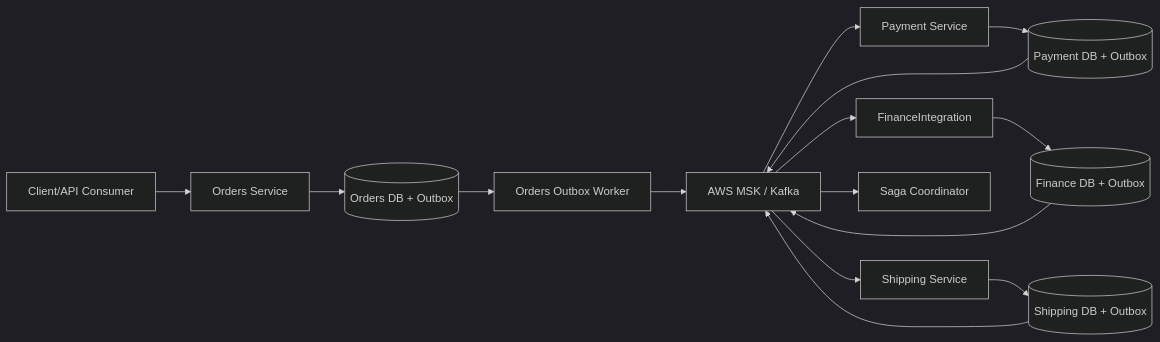
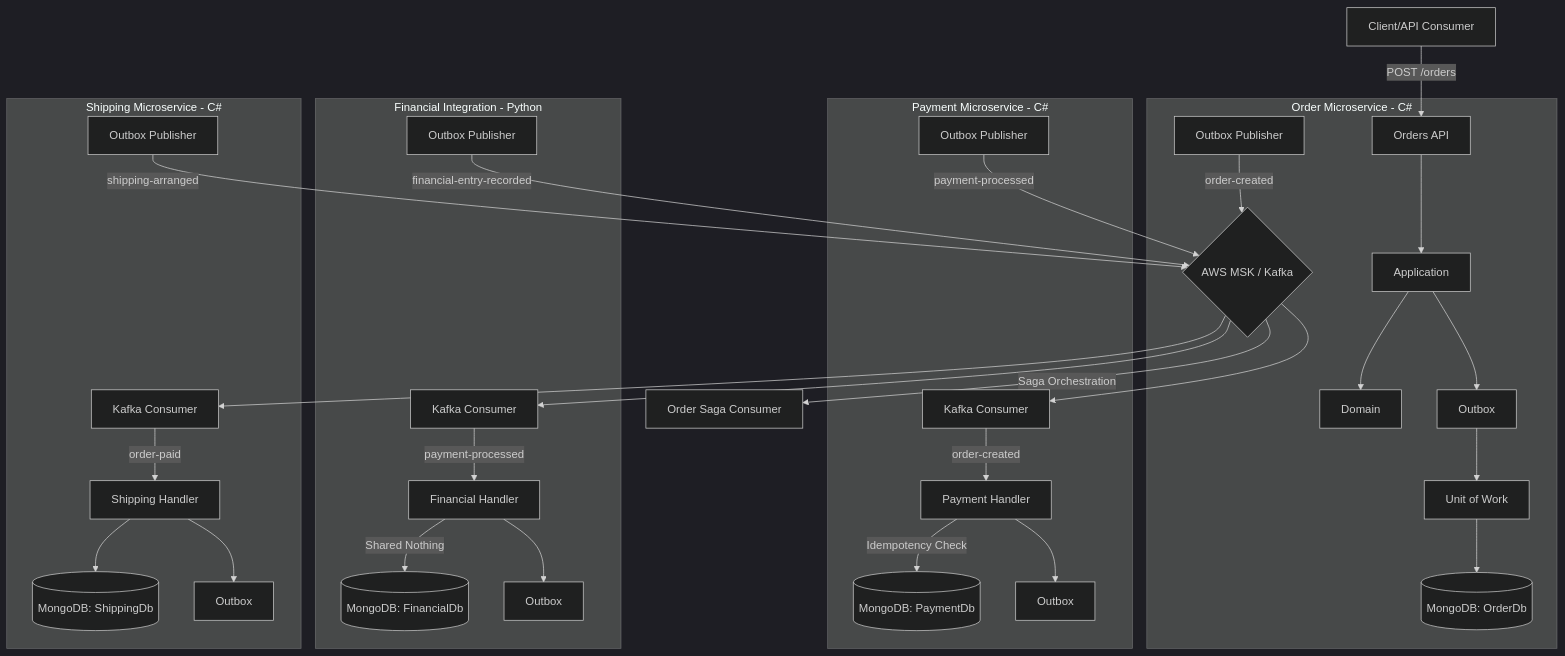
Before and after one commit to ueidesantos/outbox-saga-lab: the diagram in README.md, drawn with Mermaid (dark theme). The commit also changed other lines of this file and 42 other files, not shown here.

First line of the commit message:
feat: implement FinancialIntegration microservice in Python

````diff
--- a/README.md
+++ b/README.md
@@ -19,21 +19,39 @@
 ```mermaid
-flowchart LR
-    Client[Client/API Consumer] --> Orders[Orders Service]
-    Orders --> OrdersOutbox[(Orders DB + Outbox)]
-    OrdersOutbox --> OrdersWorker[Orders Outbox Worker]
-    OrdersWorker --> MSK[AWS MSK / Kafka]
+flowchart TD
+    Client[Client/API Consumer] -->|POST /orders| API[Orders API]
 
-    MSK --> Payment[Payment Service]
-    Payment --> PaymentOutbox[(Payment DB + Outbox)]
-    PaymentOutbox --> MSK
+    subgraph OrderService [Order Microservice - C#]
+        API --> APP_O[Application]
+        APP_O --> DOM_O[Domain]
+        APP_O --> OUT_O[Outbox]
+        UOW_O[Unit of Work] --> MON_O[(MongoDB: OrderDb)]
+        OUT_O --> UOW_O
+        PUB_O[Outbox Publisher] -->|order-created| KAFKA{AWS MSK / Kafka}
+    end
 
-    MSK --> Finance[FinanceIntegration]
-    Finance --> FinanceOutbox[(Finance DB + Outbox)]
-    FinanceOutbox --> MSK
+    subgraph PaymentService [Payment Microservice - C#]
+        CON_P[Kafka Consumer] -->|order-created| HAN_P[Payment Handler]
+        HAN_P -->|Idempotency Check| MON_P[(MongoDB: PaymentDb)]
+        HAN_P --> OUT_P[Outbox]
+        PUB_P[Outbox Publisher] -->|payment-processed| KAFKA
+    end
 
-    MSK --> Shipping[Shipping Service]
-    Shipping --> ShippingOutbox[(Shipping DB + Outbox)]
-    ShippingOutbox --> MSK
+    subgraph FinancialService [Financial Integration - Python]
+        CON_F[Kafka Consumer] -->|payment-processed| HAN_F[Financial Handler]
+        HAN_F -->|Shared Nothing| MON_F[(MongoDB: FinancialDb)]
+        HAN_F --> OUT_F[Outbox]
+        PUB_F[Outbox Publisher] -->|financial-entry-recorded| KAFKA
+    end
 
-    MSK --> Coordinator[Saga Coordinator]
+    subgraph ShippingService [Shipping Microservice - C#]
+        CON_S[Kafka Consumer] -->|order-paid| HAN_S[Shipping Handler]
+        HAN_S --> MON_S[(MongoDB: ShippingDb)]
+        HAN_S --> OUT_S[Outbox]
+        PUB_S[Outbox Publisher] -->|shipping-arranged| KAFKA
+    end
+
+    KAFKA --> CON_P
+    KAFKA --> CON_F
+    KAFKA -->|Saga Orchestration| CON_O[Order Saga Consumer]
+    KAFKA --> CON_S
 ```
````
